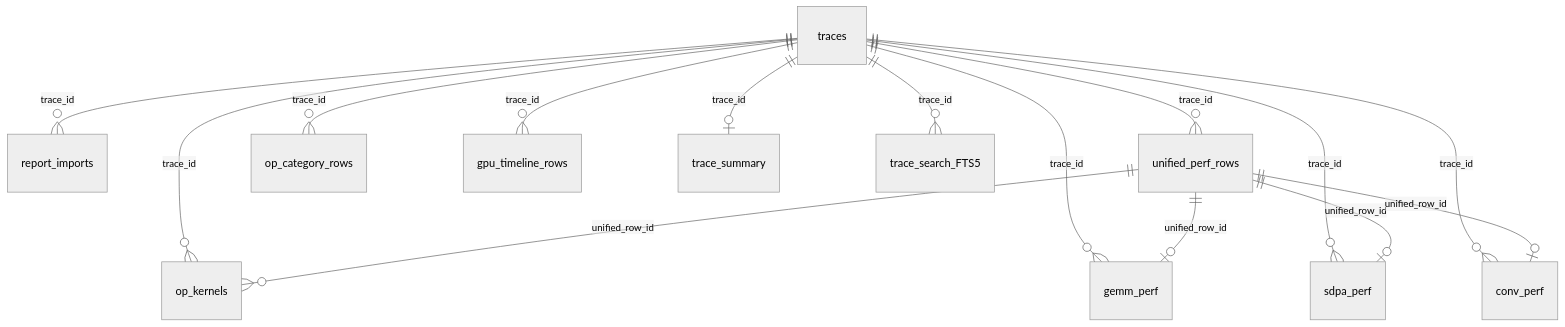
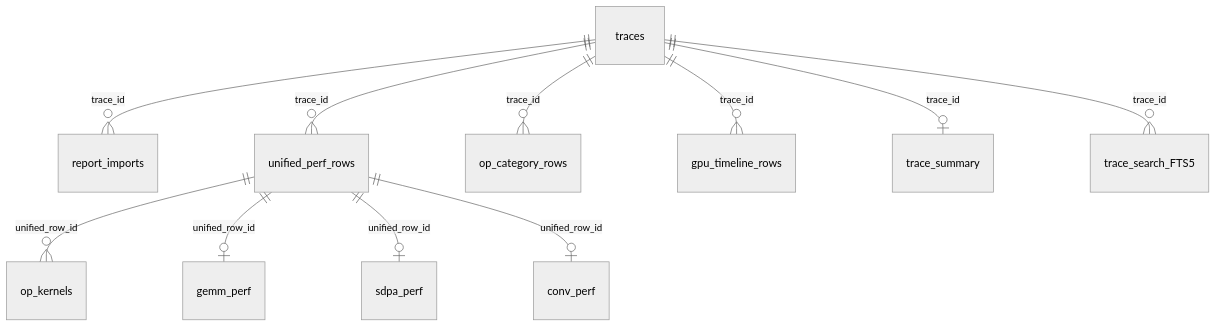
One commit to AMD-AGI/TraceLens changed the diagram in docs/how-to/trace-index.md. Above: the diagram before and after it, drawn with Mermaid (neutral theme). The commit also changed other lines of this file and 7 other files, not shown here.

````diff
--- a/docs/how-to/trace-index.md
+++ b/docs/how-to/trace-index.md
@@ -97,17 +115,13 @@
 ```mermaid
 erDiagram
     traces ||--o{ report_imports : "trace_id"
     traces ||--o{ unified_perf_rows : "trace_id"
-    traces ||--o{ op_kernels : "trace_id"
     traces ||--o{ op_category_rows : "trace_id"
     traces ||--o{ gpu_timeline_rows : "trace_id"
     traces ||--o| trace_summary : "trace_id"
-    traces ||--o{ gemm_perf : "trace_id"
-    traces ||--o{ sdpa_perf : "trace_id"
-    traces ||--o{ conv_perf : "trace_id"
     traces ||--o{ trace_search_FTS5 : "trace_id"
     unified_perf_rows ||--o{ op_kernels : "unified_row_id"
     unified_perf_rows ||--o| gemm_perf : "unified_row_id"
     unified_perf_rows ||--o| sdpa_perf : "unified_row_id"
     unified_perf_rows ||--o| conv_perf : "unified_row_id"
 ```
````
